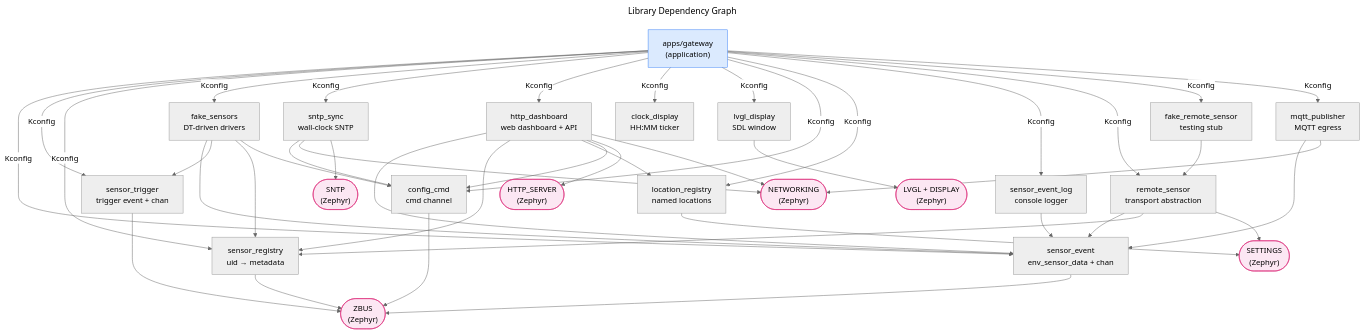
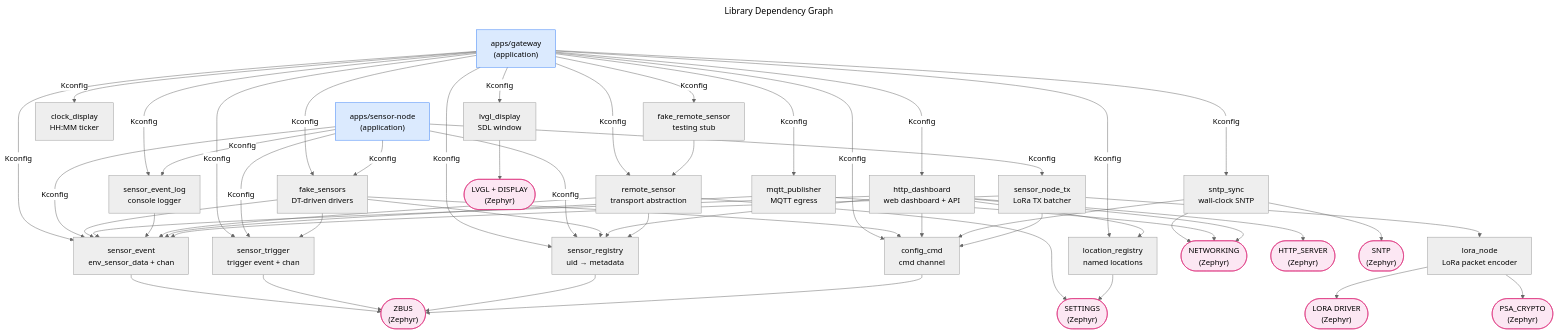
Before and after one commit to tobiwan88/weather-station: the diagram in docs/architecture/diagrams/library-deps.mmd, drawn with Mermaid (neutral theme). The commit also changed 5 other files, not shown here.

First line of the commit message:
docs: update architecture docs for sensor_node_tx redesign

```diff
--- a/docs/architecture/diagrams/library-deps.mmd
+++ b/docs/architecture/diagrams/library-deps.mmd
@@ -1,85 +1,106 @@
 ---
 title: Library Dependency Graph
 ---
 graph TD
     APP["apps/gateway\n(application)"]
+    SN_APP["apps/sensor-node\n(application)"]
 
     SE["sensor_event\nenv_sensor_data + chan"]
     ST["sensor_trigger\ntrigger event + chan"]
     SR["sensor_registry\nuid → metadata"]
     FS["fake_sensors\nDT-driven drivers"]
     SNTP["sntp_sync\nwall-clock SNTP"]
     HTTP["http_dashboard\nweb dashboard + API"]
     CLK["clock_display\nHH:MM ticker"]
     LVGL["lvgl_display\nSDL window"]
     CC["config_cmd\ncmd channel"]
     LOC["location_registry\nnamed locations"]
     SEL["sensor_event_log\nconsole logger"]
     RS["remote_sensor\ntransport abstraction"]
     FRS["fake_remote_sensor\ntesting stub"]
     MQTT["mqtt_publisher\nMQTT egress"]
+    SNTX["sensor_node_tx\nLoRa TX batcher"]
+    LORA["lora_node\nLoRa packet encoder"]
 
     ZBUS(["ZBUS\n(Zephyr)"])
     NET(["NETWORKING\n(Zephyr)"])
     HTTPD(["HTTP_SERVER\n(Zephyr)"])
     LVGLLIB(["LVGL + DISPLAY\n(Zephyr)"])
     SNTPLIB(["SNTP\n(Zephyr)"])
     SETTINGS(["SETTINGS\n(Zephyr)"])
+    LORADRV(["LORA DRIVER\n(Zephyr)"])
+    PSACRYPTO(["PSA_CRYPTO\n(Zephyr)"])
 
     APP -->|Kconfig| SE
     APP -->|Kconfig| ST
     APP -->|Kconfig| SR
     APP -->|Kconfig| FS
     APP -->|Kconfig| SNTP
     APP -->|Kconfig| HTTP
     APP -->|Kconfig| CLK
     APP -->|Kconfig| LVGL
     APP -->|Kconfig| CC
     APP -->|Kconfig| LOC
     APP -->|Kconfig| SEL
     APP -->|Kconfig| RS
     APP -->|Kconfig| FRS
     APP -->|Kconfig| MQTT
+
+    SN_APP -->|Kconfig| FS
+    SN_APP -->|Kconfig| SE
+    SN_APP -->|Kconfig| ST
+    SN_APP -->|Kconfig| SR
+    SN_APP -->|Kconfig| SEL
+    SN_APP -->|Kconfig| SNTX
 
     FS --> SE
     FS --> ST
     FS --> SR
     FS --> CC
 
     HTTP --> SE
     HTTP --> SR
     HTTP --> LOC
     HTTP --> CC
     HTTP --> HTTPD
 
     SNTP --> CC
     SNTP --> NET
     SNTP --> SNTPLIB
 
     SEL --> SE
 
     RS --> SE
     RS --> SR
     RS --> SETTINGS
     FRS --> RS
 
     MQTT --> SE
     MQTT --> NET
 
     LOC --> SETTINGS
 
+    SNTX --> SE
+    SNTX --> CC
+    SNTX --> LORA
+    LORA --> LORADRV
+    LORA --> PSACRYPTO
+
     SE --> ZBUS
     ST --> ZBUS
     SR --> ZBUS
     CC --> ZBUS
 
     HTTP --> NET
     LVGL --> LVGLLIB
 
     style APP fill:#dbeafe,stroke:#3b82f6
+    style SN_APP fill:#dbeafe,stroke:#3b82f6
     style ZBUS fill:#fce7f3,stroke:#db2777
     style NET fill:#fce7f3,stroke:#db2777
     style HTTPD fill:#fce7f3,stroke:#db2777
     style LVGLLIB fill:#fce7f3,stroke:#db2777
     style SNTPLIB fill:#fce7f3,stroke:#db2777
     style SETTINGS fill:#fce7f3,stroke:#db2777
+    style LORADRV fill:#fce7f3,stroke:#db2777
+    style PSACRYPTO fill:#fce7f3,stroke:#db2777
```
